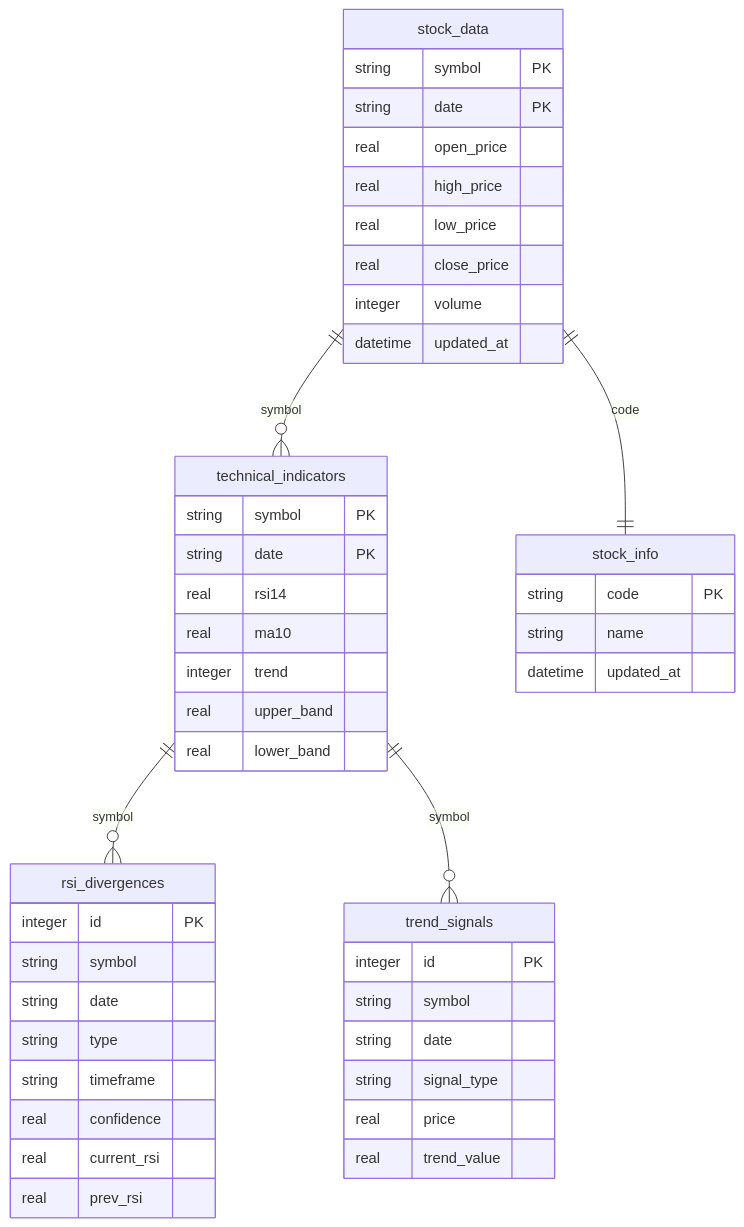
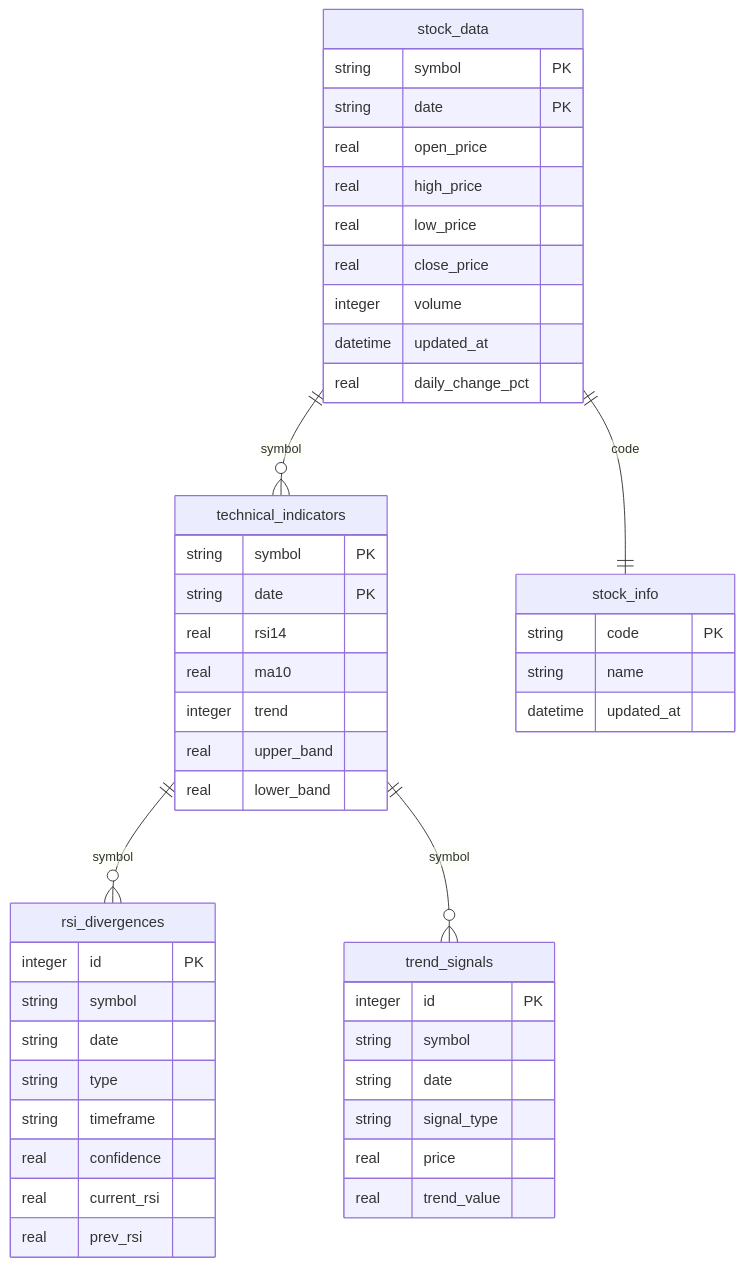
Before and after one commit to jerlinn/PulseTrader: the second of 3 diagrams in Readme.md, drawn with Mermaid. The commit also changed other lines of this file and 2 other files, not shown here.

````diff
--- a/Readme.md
+++ b/Readme.md
@@ -110,54 +110,55 @@
 ```mermaid
 erDiagram
     stock_data ||--o{ technical_indicators : symbol
     technical_indicators ||--o{ rsi_divergences : symbol
     technical_indicators ||--o{ trend_signals : symbol
     stock_data ||--|| stock_info : code
     
     stock_data {
         string symbol PK
         string date PK
         real open_price
         real high_price  
         real low_price
         real close_price
         integer volume
         datetime updated_at
+        real daily_change_pct
     }
     
     technical_indicators {
         string symbol PK
         string date PK
         real rsi14
         real ma10
         integer trend
         real upper_band
         real lower_band
     }
     
     rsi_divergences {
         integer id PK
         string symbol
         string date
         string type
         string timeframe
         real confidence
         real current_rsi
         real prev_rsi
     }
     
     trend_signals {
         integer id PK
         string symbol
         string date
         string signal_type
         real price
         real trend_value
     }
     
     stock_info {
         string code PK
         string name
         datetime updated_at
     }
 ```
````
